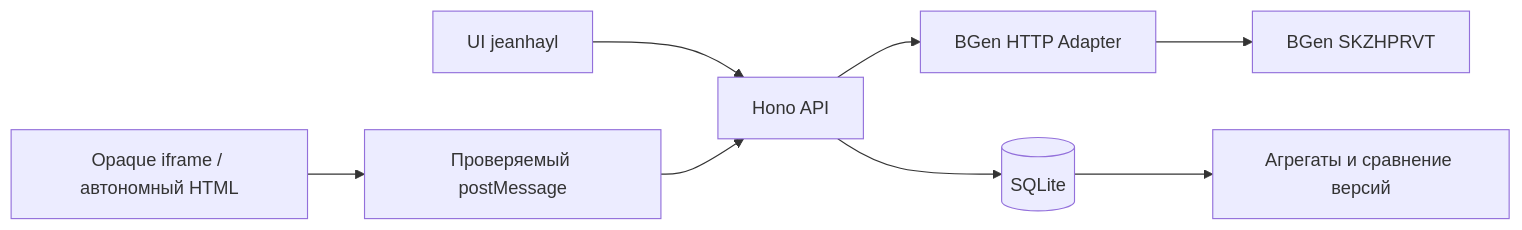
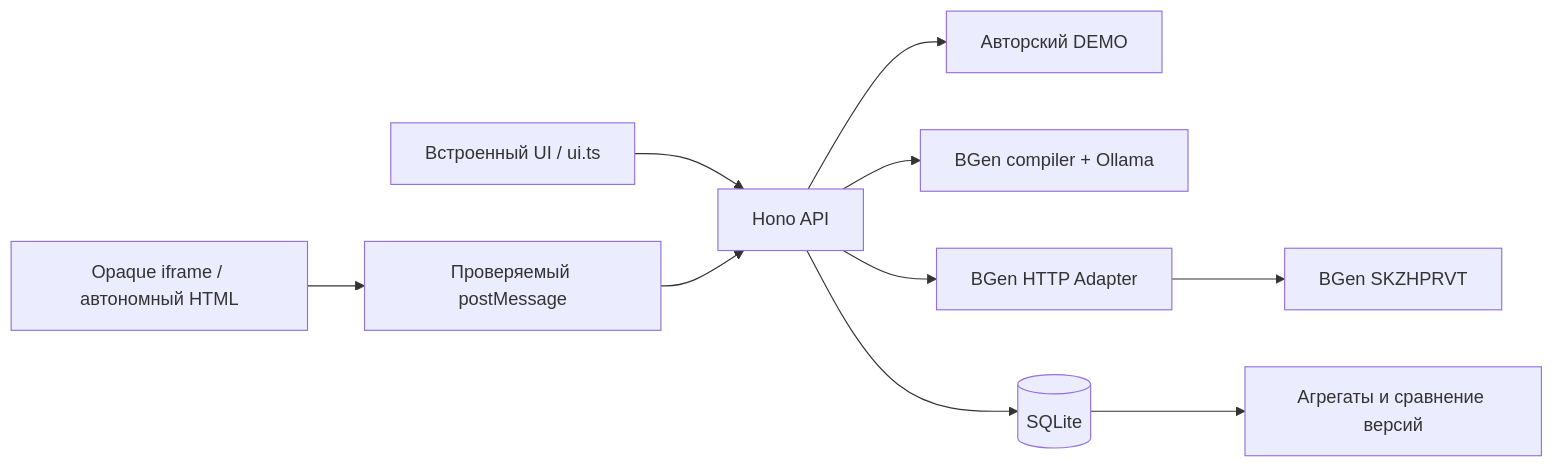
One commit to Sashido01/YAPLIX changed the diagram in docs/architecture.md. Above: the diagram before and after it, drawn with Mermaid. The commit also changed other lines of this file and 26 other files, not shown here.

Commit message:
feat: deliver runnable YAPLIX MVP with DEMO and BGen-backed Ollama LIVE

````diff
--- a/docs/architecture.md
+++ b/docs/architecture.md
@@ -5,10 +5,12 @@
 ```mermaid
 flowchart LR
-  UI[UI jeanhayl] --> API[Hono API]
+  UI[Встроенный UI / ui.ts] --> API[Hono API]
+  API --> Demo[Авторский DEMO]
+  API --> Local[BGen compiler + Ollama]
   API --> Adapter[BGen HTTP Adapter]
   Adapter --> BGen[BGen SKZHPRVT]
   API --> DB[(SQLite)]
   Game[Opaque iframe / автономный HTML] --> Bridge[Проверяемый postMessage]
   Bridge --> API
   DB --> Analytics[Агрегаты и сравнение версий]
 ```
````
